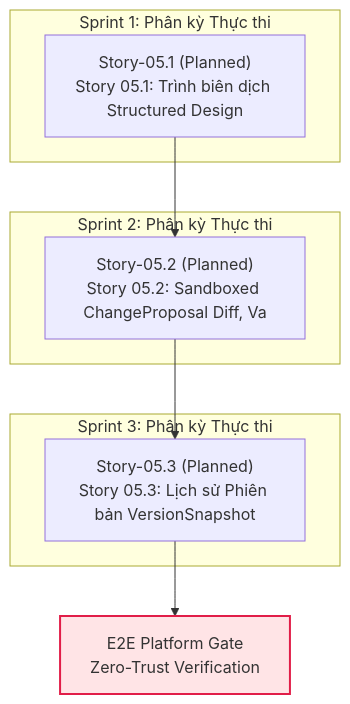
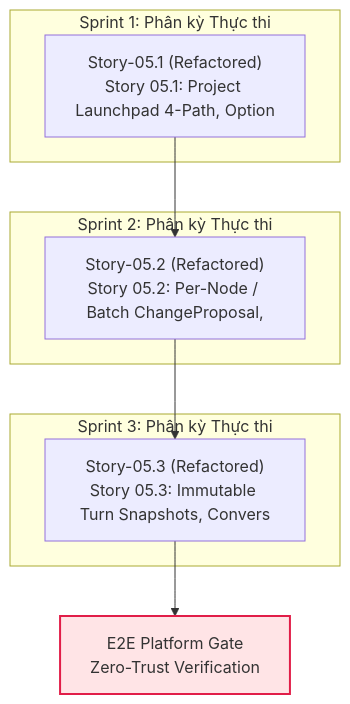
Before and after one commit to Nam123321/cowok-design: the diagram in _iwish-output/3. Development/1. Epic & Story/VS-02. Flow-First Executable Design Workbench & SDI Engine/Epic-05/epic.md, drawn with Mermaid. The commit also changed other lines of this file and 173 other files, not shown here.

First line of the commit message:
feat(epic-05): Executable Design Workbench, Per-Node Proposals, Turn Snapshots & GitHub/IDE Handoff (#12)

````diff
--- a/_iwish-output/3. Development/1. Epic & Story/VS-02. Flow-First Executable Design Workbench & SDI Engine/Epic-05/epic.md
+++ b/_iwish-output/3. Development/1. Epic & Story/VS-02. Flow-First Executable Design Workbench & SDI Engine/Epic-05/epic.md
@@ -118,25 +118,25 @@
 ```mermaid
 flowchart TD
     subgraph S1["Sprint 1: Phân kỳ Thực thi"]
-        Story_05_1["Story-05.1 (Planned)<br>Story 05.1: Trình biên dịch Structured Design"]
+        Story_05_1["Story-05.1 (Refactored)<br>Story 05.1: Project Launchpad 4-Path, Option "]
     end
 
     subgraph S2["Sprint 2: Phân kỳ Thực thi"]
-        Story_05_2["Story-05.2 (Planned)<br>Story 05.2: Sandboxed ChangeProposal Diff, Va"]
+        Story_05_2["Story-05.2 (Refactored)<br>Story 05.2: Per-Node / Batch ChangeProposal, "]
     end
 
     subgraph S3["Sprint 3: Phân kỳ Thực thi"]
-        Story_05_3["Story-05.3 (Planned)<br>Story 05.3: Lịch sử Phiên bản VersionSnapshot"]
+        Story_05_3["Story-05.3 (Refactored)<br>Story 05.3: Immutable Turn Snapshots, Convers"]
     end
 
     E2E_GATE["E2E Platform Gate<br>Zero-Trust Verification"]
     Story_05_1 --> Story_05_2
     Story_05_2 --> Story_05_3
     Story_05_3 --> E2E_GATE
 
     classDef completed fill:#dcfce7,stroke:#16a34a,stroke-width:2px;
     classDef refactored fill:#fef3c7,stroke:#d97706,stroke-width:2px;
     classDef backlog fill:#f1f5f9,stroke:#64748b,stroke-width:2px;
     classDef gate fill:#ffe4e6,stroke:#e11d48,stroke-width:2px;
     class E2E_GATE gate;
 ```
````
